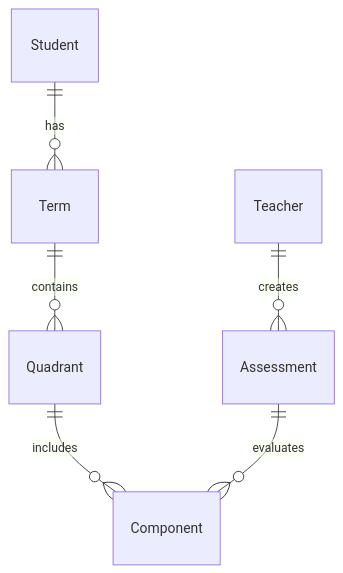
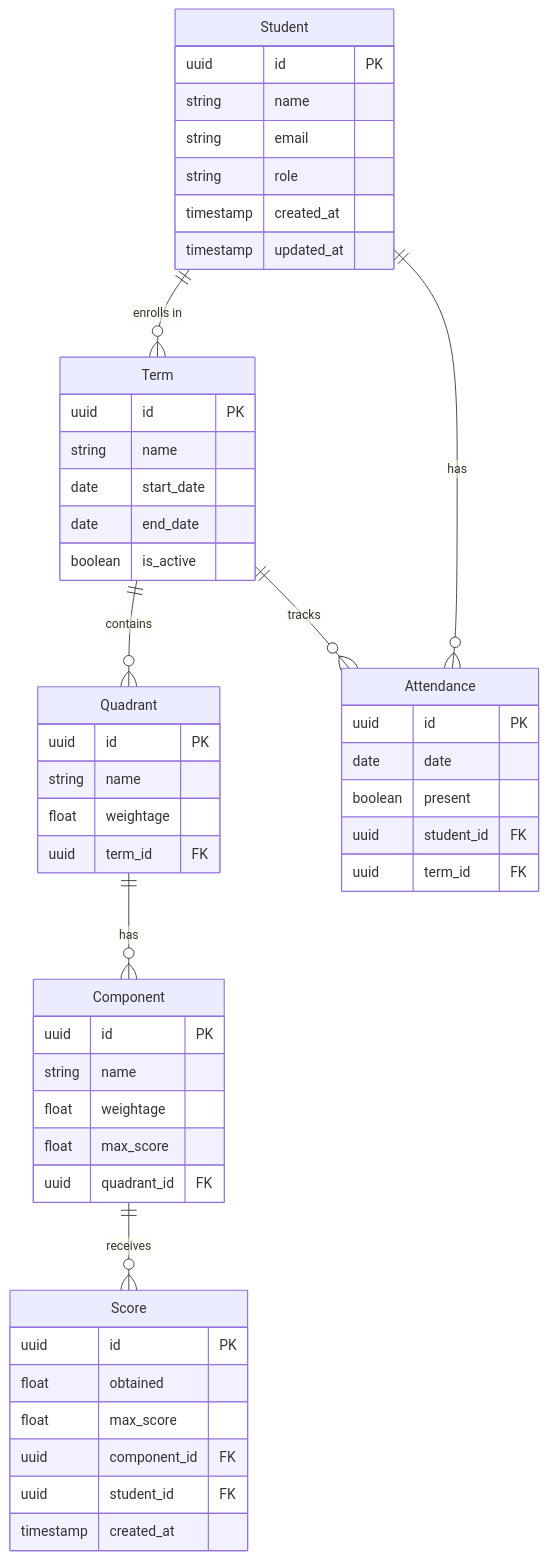
One commit to srisrihari/pep-score-nexus changed the tenth of 11 diagrams in SRS.md. Above: the diagram before and after it, drawn with Mermaid. The commit also changed other lines of this file, not shown here.

````diff
--- a/SRS.md
+++ b/SRS.md
@@ -1489,8 +2063,58 @@
 ```mermaid
 erDiagram
-    Student ||--o{ Term : has
-    Term ||--o{ Quadrant : contains
-    Quadrant ||--o{ Component : includes
-    Teacher ||--o{ Assessment : creates
-    Assessment ||--o{ Component : evaluates
+    Student ||--o{ Term : "enrolls in"
+    Term ||--o{ Quadrant : "contains"
+    Quadrant ||--o{ Component : "has"
+    Component ||--o{ Score : "receives"
+    Student ||--o{ Attendance : "has"
+    Term ||--o{ Attendance : "tracks"
+
+    Student {
+        uuid id PK
+        string name
+        string email
+        string role
+        timestamp created_at
+        timestamp updated_at
+    }
+
+    Term {
+        uuid id PK
+        string name
+        date start_date
+        date end_date
+        boolean is_active
+    }
+
+    Quadrant {
+        uuid id PK
+        string name
+        float weightage
+        uuid term_id FK
+    }
+
+    Component {
+        uuid id PK
+        string name
+        float weightage
+        float max_score
+        uuid quadrant_id FK
+    }
+
+    Score {
+        uuid id PK
+        float obtained
+        float max_score
+        uuid component_id FK
+        uuid student_id FK
+        timestamp created_at
+    }
+
+    Attendance {
+        uuid id PK
+        date date
+        boolean present
+        uuid student_id FK
+        uuid term_id FK
+    }
 ```
````
